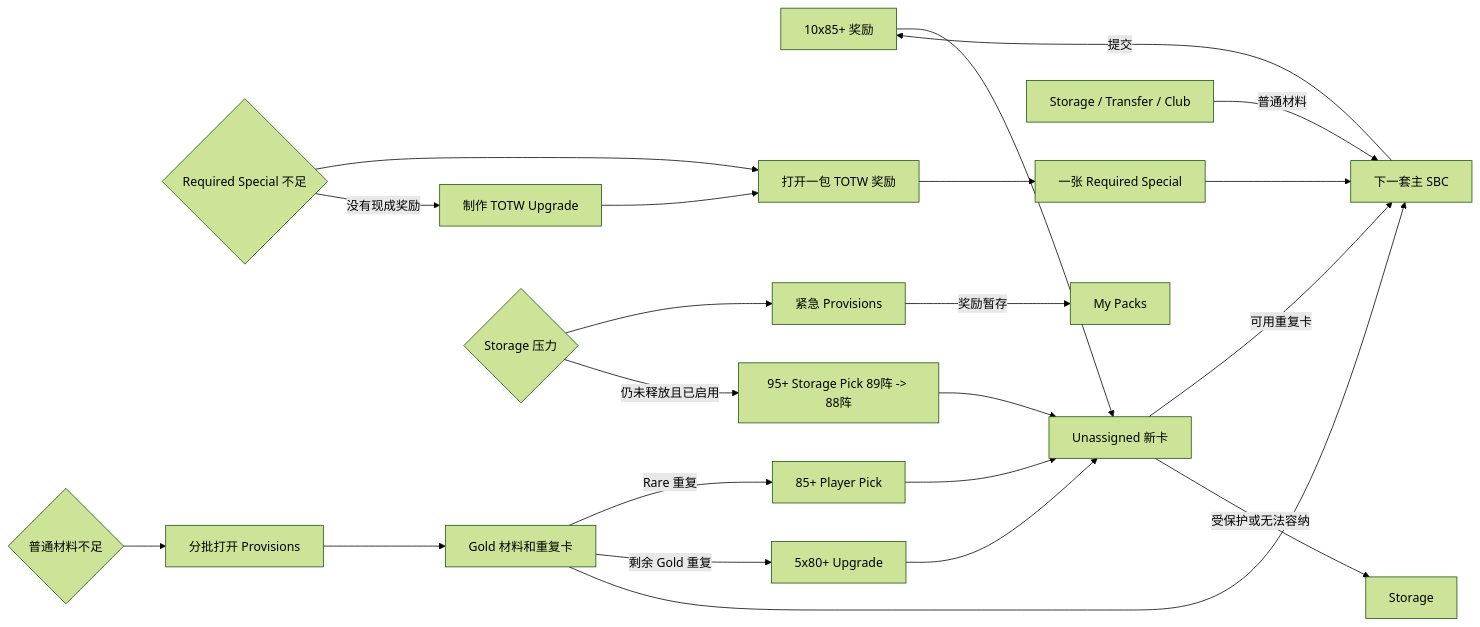
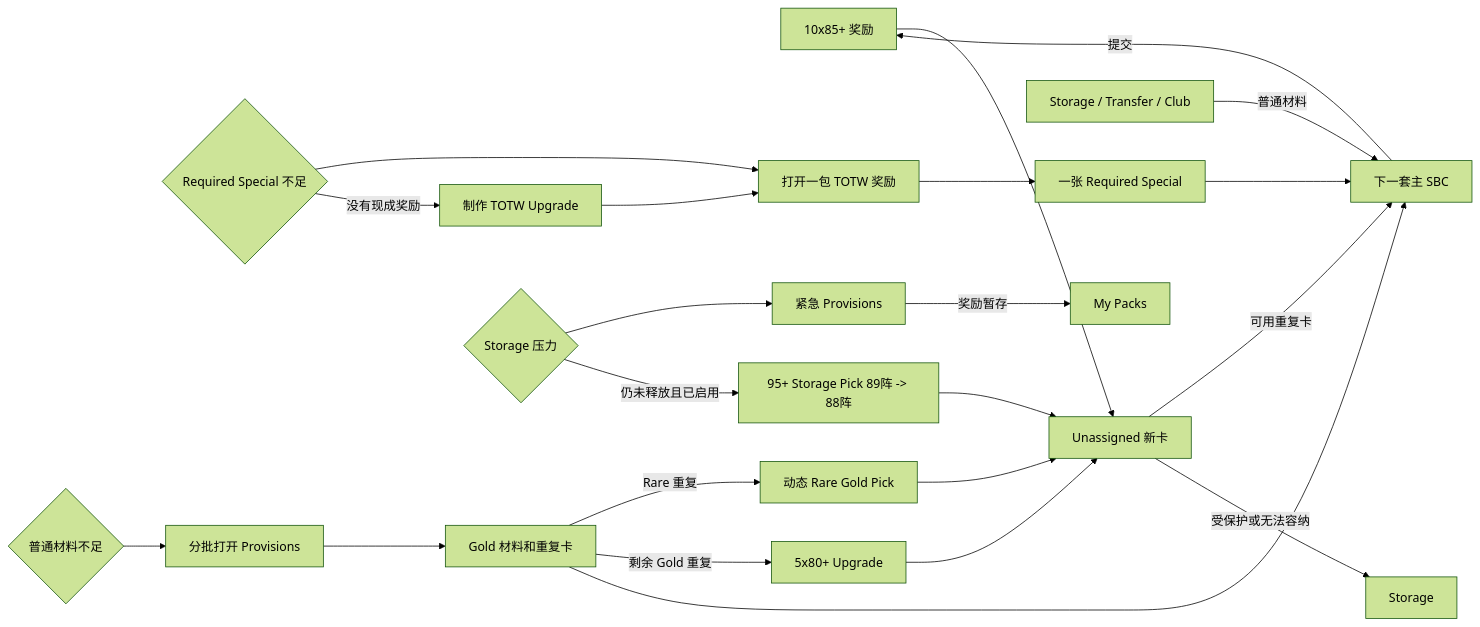
The second of 2 diagrams in docs/10X85_ROLLING_LOOP_GUIDE_ZH.md (ShatteredLancer/DailyLoopRunner), drawn with Mermaid (forest theme) before and after one commit. The commit also changed other lines of this file and 25 other files, not shown here.

First line of the commit message:
feat(rolling): generalize Rare Gold Pick recovery and harden SBC submissions

````diff
--- a/docs/10X85_ROLLING_LOOP_GUIDE_ZH.md
+++ b/docs/10X85_ROLLING_LOOP_GUIDE_ZH.md
@@ -196,27 +209,27 @@
 ```mermaid
 flowchart LR
     P[10x85+ 奖励] --> U[Unassigned 新卡]
     U -->|可用重复卡| M[下一套主 SBC]
     U -->|受保护或无法容纳| S[Storage]
     I[Storage / Transfer / Club] -->|普通材料| M
     R[一张 Required Special] --> M
     M -->|提交| P
 
     T{Required Special 不足} --> TP[打开一包 TOTW 奖励]
     TP --> R
     T -->|没有现成奖励| TS[制作 TOTW Upgrade]
     TS --> TP
 
     F{普通材料不足} --> PP[分批打开 Provisions]
     PP --> G[Gold 材料和重复卡]
-    G -->|Rare 重复| Q[85+ Player Pick]
+    G -->|Rare 重复| Q[动态 Rare Gold Pick]
     G -->|剩余 Gold 重复| X[5x80+ Upgrade]
     G --> M
     Q --> U
     X --> U
 
     H{Storage 压力} --> EP[紧急 Provisions]
     EP -->|奖励暂存| PK[My Packs]
     H -->|仍未释放且已启用| SP[95+ Storage Pick 89阵 -> 88阵]
     SP --> U
 ```
````
